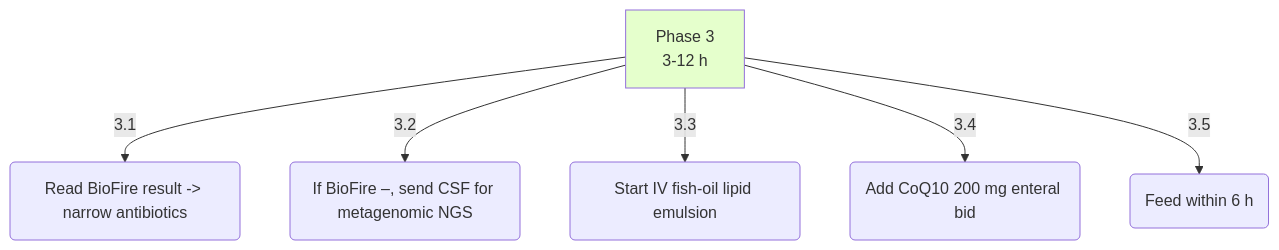
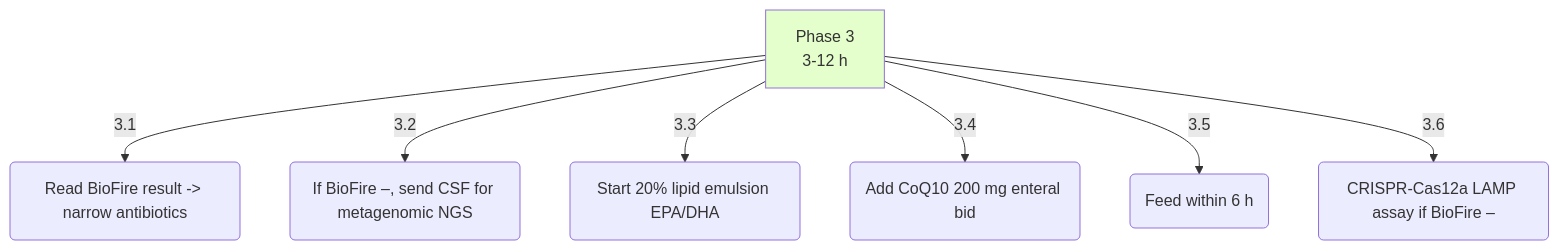
The fourth of 10 diagrams in openai_taelin_query.md (uumami/meningitis_protocol), drawn with Mermaid before and after one commit. The commit also changed other lines of this file and 13 other files, not shown here.

````diff
--- a/openai_taelin_query.md
+++ b/openai_taelin_query.md
@@ -79,9 +82,10 @@
 ```mermaid
 graph TD
     P3[Phase 3<br>3-12 h] -->|3.1| Narrow(Read BioFire result -> narrow antibiotics)
     P3 -->|3.2| mNGS(If BioFire –, send CSF for metagenomic NGS)
-    P3 -->|3.3| Omega3(Start IV fish-oil lipid emulsion)
+    P3 -->|3.3| LipidEmulsion(Start 20% lipid emulsion EPA/DHA)
     P3 -->|3.4| CoQ(Add CoQ10 200 mg enteral bid)
     P3 -->|3.5| Feed(Feed within 6 h)
+    P3 -->|3.6| CRISPR(CRISPR-Cas12a LAMP assay if BioFire –)
     style P3 fill:#e5ffcc
 ```
````
